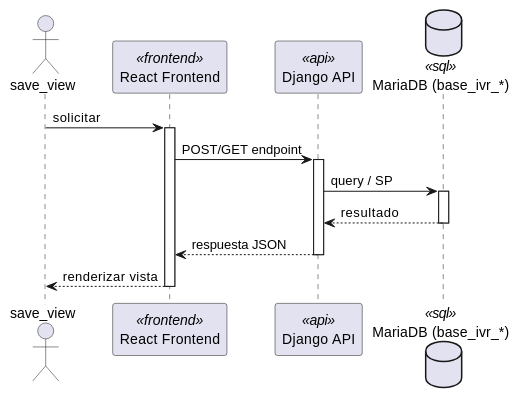
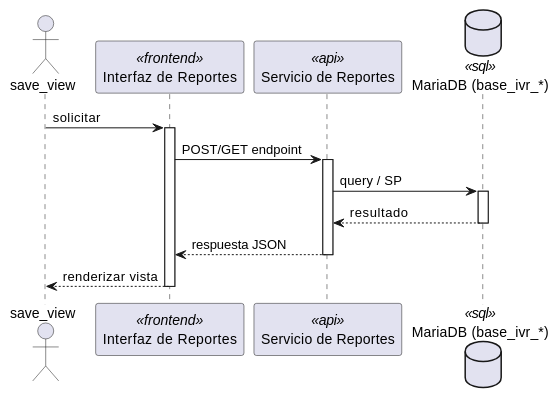
One commit to jcg-admin/IACT-docs changed the first of 2 diagrams in source/arquitectura-tecnica/DesignView/rpt-10.rst. Above: the diagram before and after it, drawn with PlantUML. The commit also changed other lines of this file and 243 other files, not shown here.

First line of the commit message:
Add missing diagrams and fix participant names across Kruchten views

```diff
--- a/source/arquitectura-tecnica/DesignView/rpt-10.rst
+++ b/source/arquitectura-tecnica/DesignView/rpt-10.rst
@@ -22,28 +22,28 @@
 .. uml::
  :caption: UC_RPT_10 — Design View (secuencia)
 
  @startuml
 
  actor "save_view" as save_view
- participant "React Frontend" as Frontend <<frontend>>
- participant "Django API" as APIServer <<api>>
- database "MariaDB (base_ivr_*)" as BaseDatos <<sql>>
+ participant "Interfaz de Reportes" as Iface <<frontend>>
+ participant "Servicio de Reportes" as SvcNode <<api>>
+ database "MariaDB (base_ivr_*)" as Store <<sql>>
 
- save_view -> Frontend : solicitar
- activate Frontend
+ save_view -> Iface : solicitar
+ activate Iface
 
- Frontend -> APIServer : POST/GET endpoint
- activate APIServer
+ Iface -> SvcNode : POST/GET endpoint
+ activate SvcNode
 
- APIServer -> BaseDatos : query / SP
- activate BaseDatos
- BaseDatos --> APIServer : resultado
- deactivate BaseDatos
+ SvcNode -> Store : query / SP
+ activate Store
+ Store --> SvcNode : resultado
+ deactivate Store
 
- APIServer --> Frontend : respuesta JSON
- deactivate APIServer
+ SvcNode --> Iface : respuesta JSON
+ deactivate SvcNode
 
- Frontend --> save_view : renderizar vista
- deactivate Frontend
+ Iface --> save_view : renderizar vista
+ deactivate Iface
 
  @enduml
```
